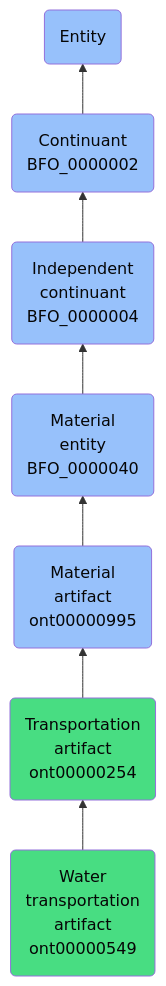
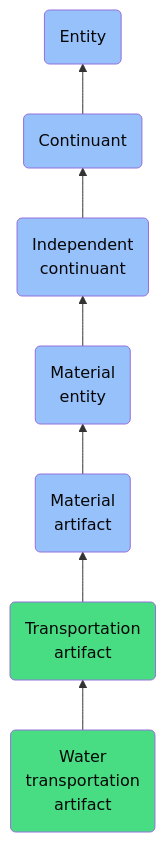
The diagram in docs/ontology/reference/model/Entity/Continuant/Independent continuant/Material entity/Material artifact/Transportation artifact/Water transportation artifact/Water transportation artifact.md (jupyter-naas/abi), drawn with Mermaid before and after one commit. The commit also changed other lines of this file and 1430 other files, not shown here.

````diff
--- a/docs/ontology/reference/model/Entity/Continuant/Independent continuant/Material entity/Material artifact/Transportation artifact/Water transportation artifact/Water transportation artifact.md
+++ b/docs/ontology/reference/model/Entity/Continuant/Independent continuant/Material entity/Material artifact/Transportation artifact/Water transportation artifact/Water transportation artifact.md
@@ -24,14 +24,14 @@
 ```mermaid
 graph BT
-    ont00000549(Water<br>transportation<br>artifact<br>ont00000549):::ABI-->ont00000254
-    ont00000254(Transportation<br>artifact<br>ont00000254):::ABI-->ont00000995
-    ont00000995(Material<br>artifact<br>ont00000995):::BFO-->BFO_0000040
-    BFO_0000040(Material<br>entity<br>BFO_0000040):::BFO-->BFO_0000004
-    BFO_0000004(Independent<br>continuant<br>BFO_0000004):::BFO-->BFO_0000002
-    BFO_0000002(Continuant<br>BFO_0000002):::BFO-->BFO_0000001
+    ont00000549(Water<br>transportation<br>artifact):::ABI-->ont00000254
+    ont00000254(Transportation<br>artifact):::ABI-->ont00000995
+    ont00000995(Material<br>artifact):::BFO-->BFO_0000040
+    BFO_0000040(Material<br>entity):::BFO-->BFO_0000004
+    BFO_0000004(Independent<br>continuant):::BFO-->BFO_0000002
+    BFO_0000002(Continuant):::BFO-->BFO_0000001
     BFO_0000001(Entity):::BFO
     
     classDef BFO fill:#97c1fb,color:#060606
     classDef CCO fill:#e4c51e,color:#060606
     classDef ABI fill:#48DD82,color:#060606
 ```
````
